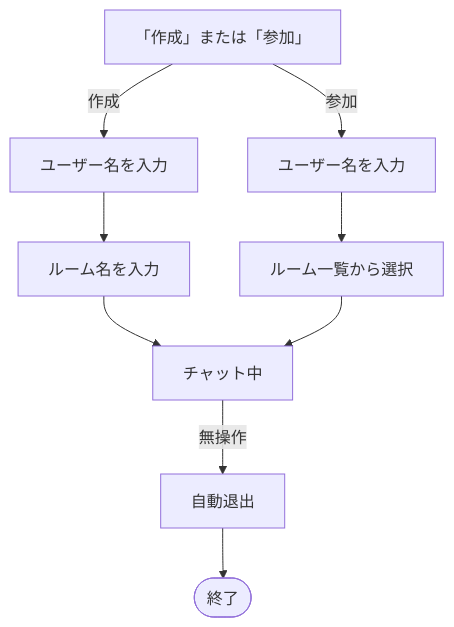
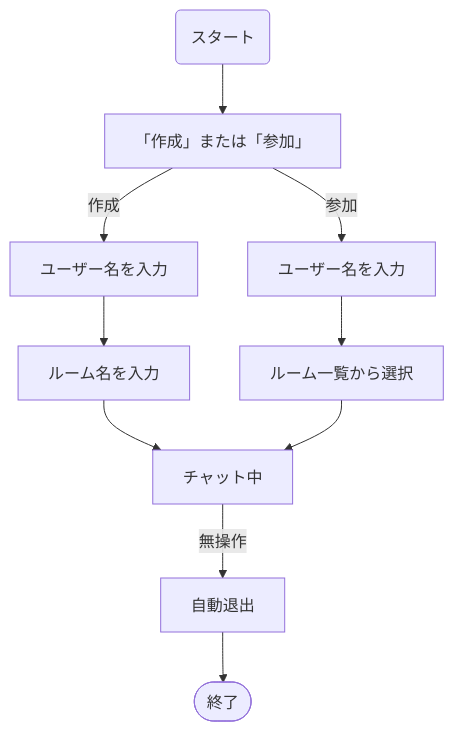
Before and after one commit to BackendExplorer/Online-Chat-Service: the first of 4 diagrams in README.md, drawn with Mermaid. The commit also changed other lines of this file, not shown here.

````diff
--- a/README.md
+++ b/README.md
@@ -177,20 +170,22 @@
 ```mermaid
 flowchart TD
     %%─── ノード定義 ───
+    Start("スタート")
     選択["「作成」または「参加」"]
 
     入力作成[ユーザー名を入力]
     ルーム名入力[ルーム名を入力]
 
     入力参加[ユーザー名を入力]
     ルーム一覧[ルーム一覧から選択]
 
     チャット中[チャット中]
     自動退出[自動退出]
     End([終了])
 
     %%─── フロー定義 ───
+    Start --> 選択
     選択 -- 作成 --> 入力作成 --> ルーム名入力 --> チャット中
     選択 -- 参加 --> 入力参加 --> ルーム一覧 --> チャット中
     チャット中 -->|無操作| 自動退出 --> End
 ```
````
